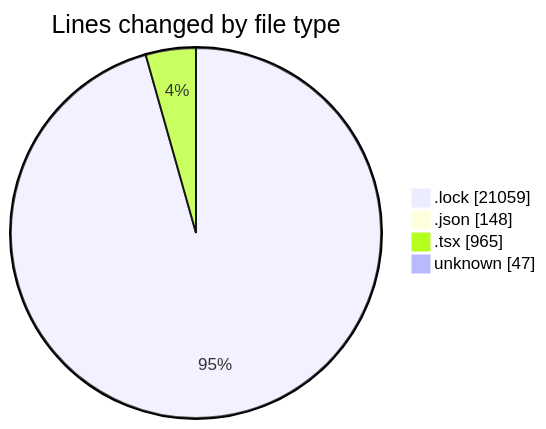
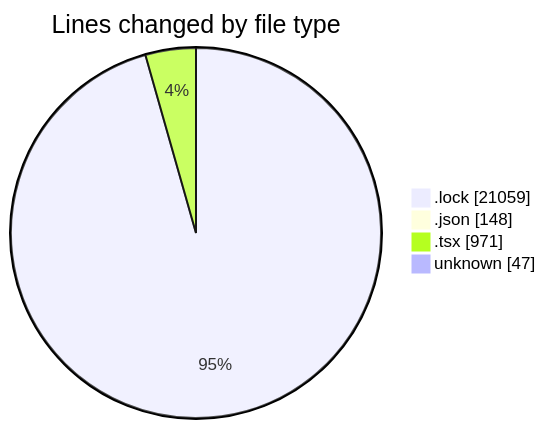
The first of 2 diagrams in 2025-10-20/cda/README.md (momahboobian/code-tracking), drawn with Mermaid before and after one commit. The commit also changed other lines of this file and 1 other file, not shown here.

````diff
--- a/2025-10-20/cda/README.md
+++ b/2025-10-20/cda/README.md
@@ -29,8 +29,8 @@
 ```mermaid
 pie showData
 title Lines changed by file type
 ".lock" : 21059
 ".json" : 148
-".tsx" : 965
+".tsx" : 971
 "unknown" : 47
 ```
````
